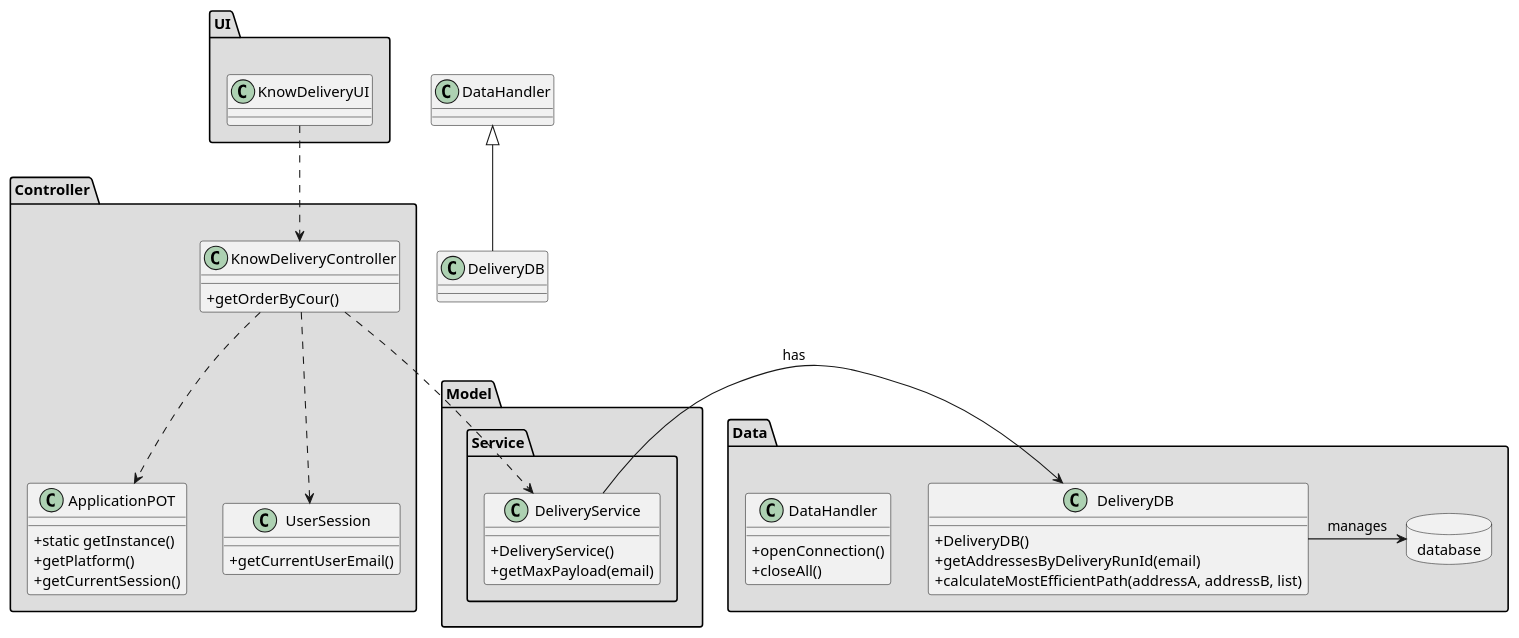
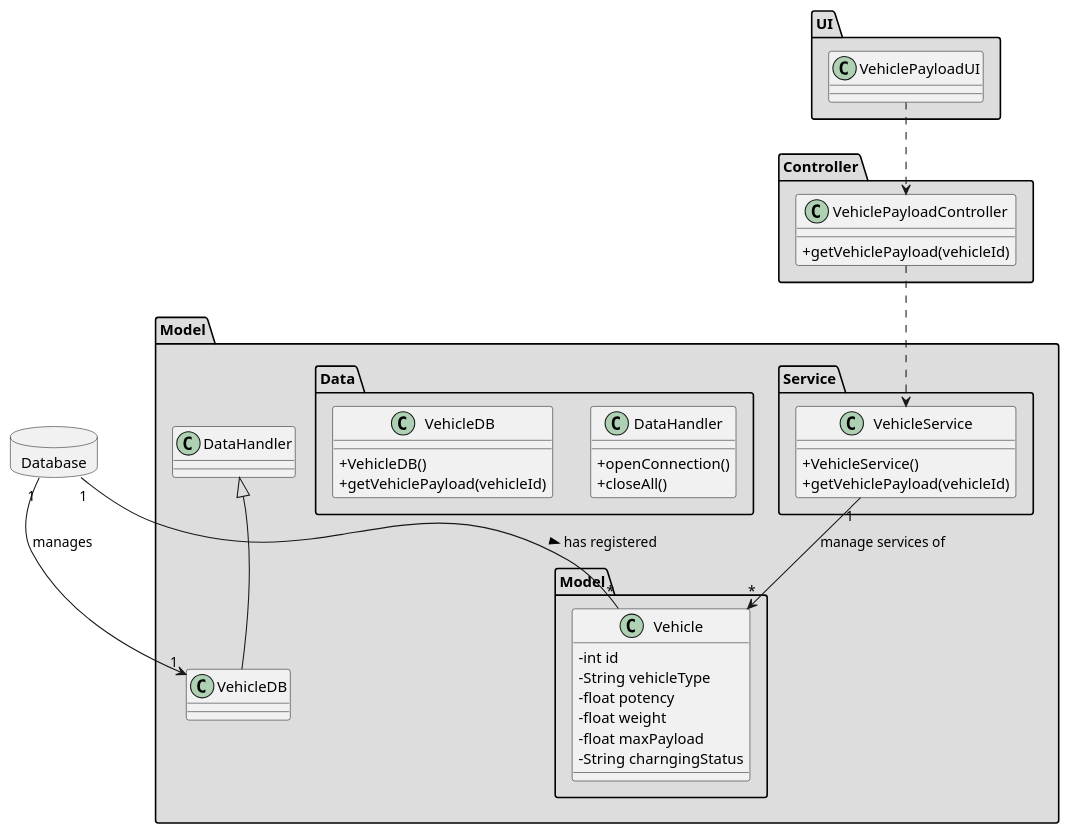
Before and after one commit to tiagoavcosta25/LAPR3: the diagram in docs/Iteration 3/Delivery Management/Refinement/US55_MaxPayload/US55_CD.puml, drawn with PlantUML. The commit also changed 72 other files, not shown here.

Commit message:
LAPR2AP2-All issues #fixing Readme (Report) and some bug fixing in all diagrams. [Design]

```diff
--- a/docs/Iteration 3/Delivery Management/Refinement/US55_MaxPayload/US55_CD.puml
+++ b/docs/Iteration 3/Delivery Management/Refinement/US55_MaxPayload/US55_CD.puml
@@ -1,58 +1,63 @@
 @startuml
 skinparam classAttributeIconSize 0
 
-package "Controller" #DDDDDD {
-class ApplicationPOT
-{
-  +static getInstance()
-  +getPlatform()
-  +getCurrentSession()
+database Database {
 }
 
-class UserSession
-{
-  +getCurrentUserEmail()
-}
-class KnowDeliveryController{
-+getOrderByCour()
-}
-}
 package "UI" #DDDDDD {
-class KnowDeliveryUI{
-
-}
-}
-package "Model" #DDDDDD {
-package Service #DDDDDD {
-
-class DeliveryService{
-+DeliveryService()
-+getMaxPayload(email)
+class VehiclePayloadUI{
 }
 }
 
+package "Controller" #DDDDDD {
+class VehiclePayloadController{
++getVehiclePayload(vehicleId)
 }
+}
+
+
+package "Model" #DDDDDD {
+ package "Service" #DDDDDD {
+
+  class VehicleService{
+      +VehicleService()
+      +getVehiclePayload(vehicleId)
+   }
+
+}
+
+package "Model" #DDDDDD {
+
+class Vehicle{
+  -int id
+  -String vehicleType
+  -float potency
+  -float weight
+  -float maxPayload
+  -String charngingStatus
+}
+
+}
+
+
 package "Data" #DDDDDD {
 class DataHandler{
-+openConnection()
-+closeAll()
+    +openConnection()
+    +closeAll()
+}
+class VehicleDB{
+     +VehicleDB()
+     +getVehiclePayload(vehicleId)
+ }
+
 }
 
- class DeliveryDB{
- +DeliveryDB()
- +getAddressesByDeliveryRunId(email)
- +calculateMostEfficientPath(addressA, addressB, list)
- }
- database database{
- }
- }
-KnowDeliveryUI ..> KnowDeliveryController
-KnowDeliveryController ..> ApplicationPOT
-KnowDeliveryController ..> UserSession
+class VehicleDB extends DataHandler
 
-KnowDeliveryController ..> DeliveryService
-DeliveryService  ->  DeliveryDB : has
-DeliveryDB -> database : manages
-class DeliveryDB extends DataHandler
+VehiclePayloadUI ..> VehiclePayloadController
+VehiclePayloadController ..> VehicleService
+Database "1" --> "1" VehicleDB : manages
+VehicleService "1" --> "*" Vehicle : manage services of
+Database "1" -- "*" Vehicle : has registered >
 
 @enduml
```
